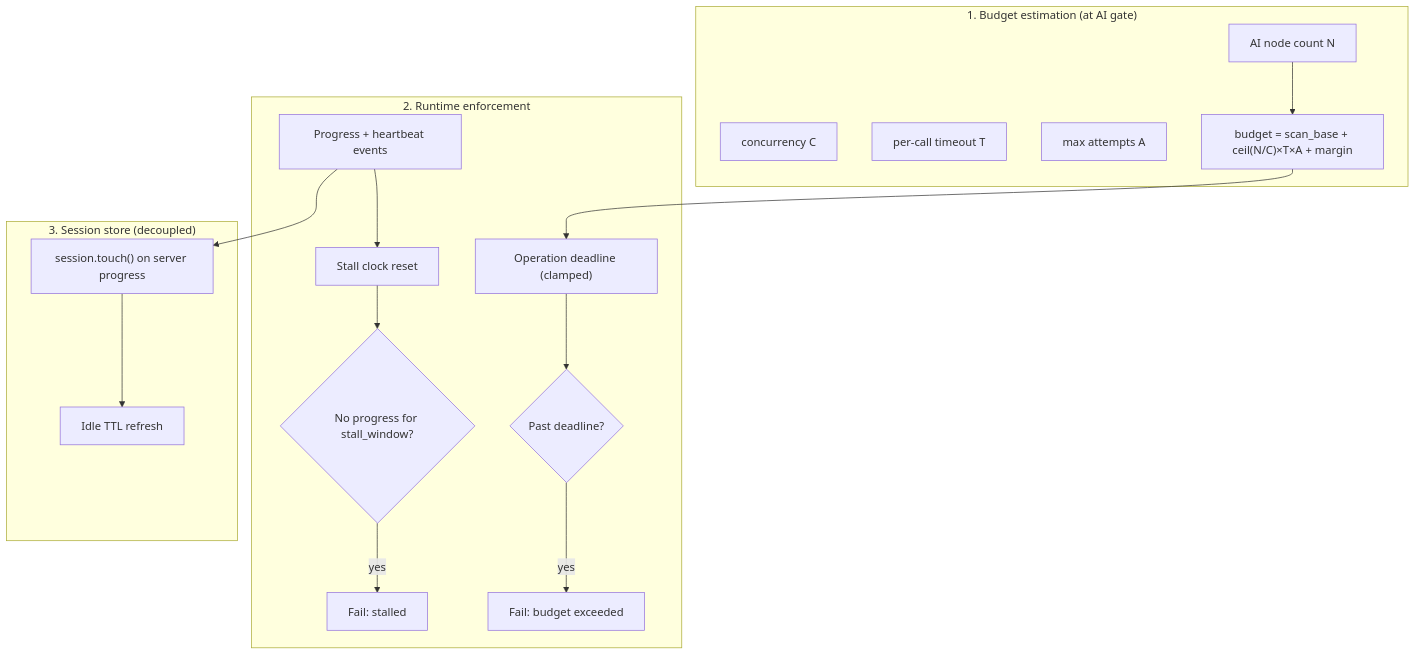
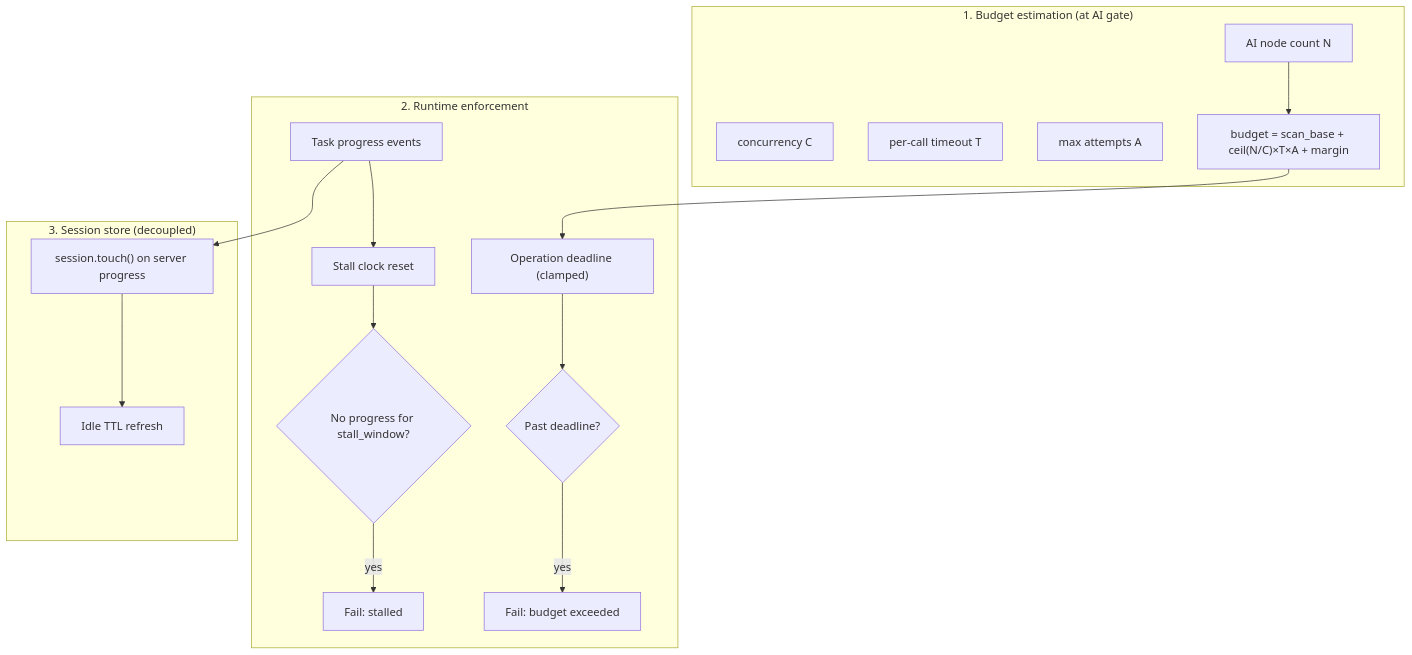
One commit to ansible/apme changed the diagram in .sdlc/adrs/ADR-068-adaptive-operation-deadlines.md. Above: the diagram before and after it, drawn with Mermaid. The commit also changed other lines of this file, not shown here.

````diff
--- a/.sdlc/adrs/ADR-068-adaptive-operation-deadlines.md
+++ b/.sdlc/adrs/ADR-068-adaptive-operation-deadlines.md
@@ -88,24 +88,24 @@
 ```mermaid
 flowchart TB
     subgraph estimate ["1. Budget estimation (at AI gate)"]
         N["AI node count N"]
         C["concurrency C"]
         T["per-call timeout T"]
         A["max attempts A"]
         N --> F["budget = scan_base + ceil(N/C)×T×A + margin"]
     end
 
     subgraph runtime ["2. Runtime enforcement"]
         F --> D["Operation deadline (clamped)"]
-        P["Progress + heartbeat events"] --> S["Stall clock reset"]
+        P["Task progress events"] --> S["Stall clock reset"]
         S --> ST{"No progress for stall_window?"}
         ST -->|yes| FAIL["Fail: stalled"]
         D --> DL{"Past deadline?"}
         DL -->|yes| FAIL2["Fail: budget exceeded"]
     end
 
     subgraph session ["3. Session store (decoupled)"]
         P --> TOUCH["session.touch() on server progress"]
         TOUCH --> TTL["Idle TTL refresh"]
     end
 ```
````
